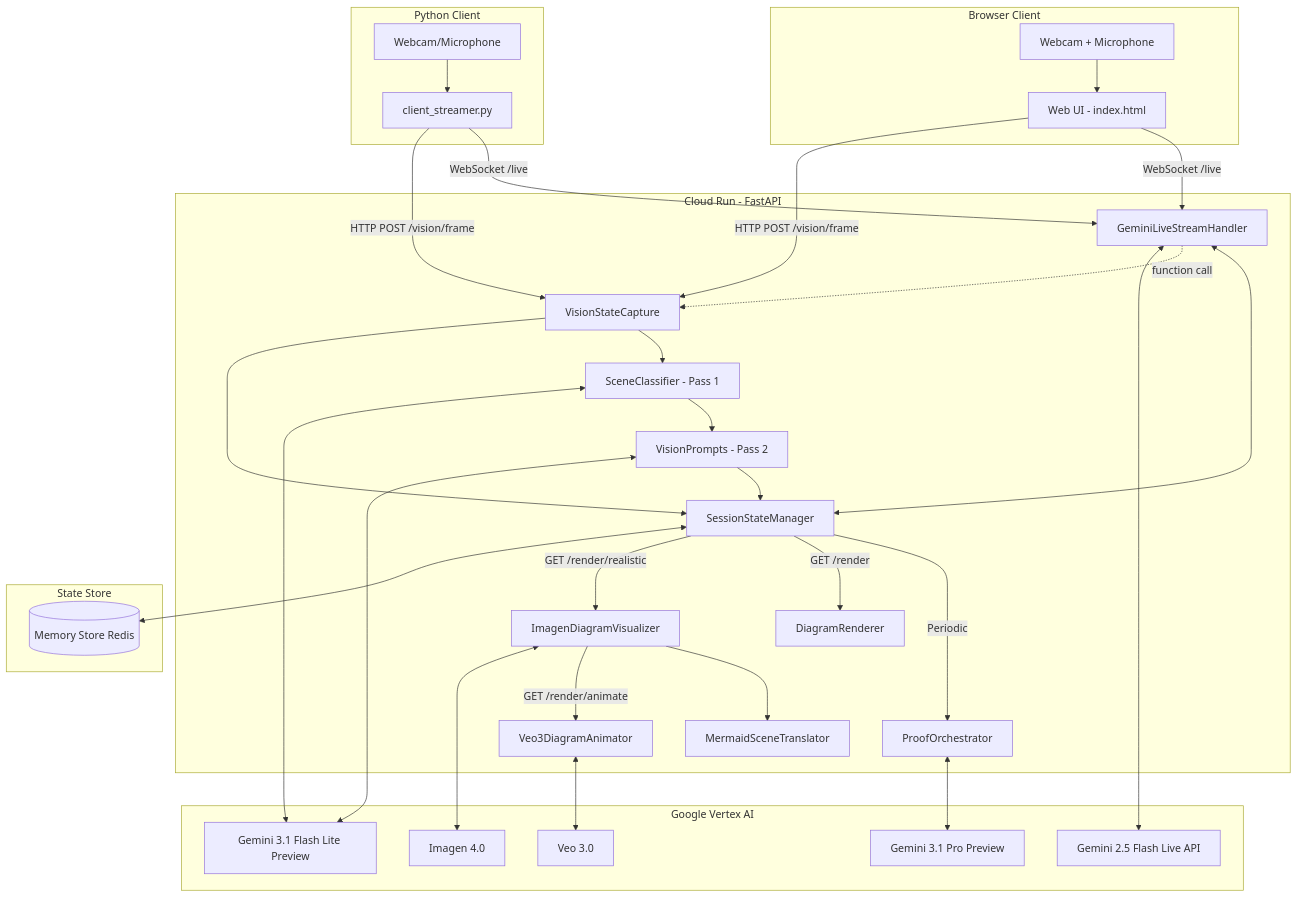
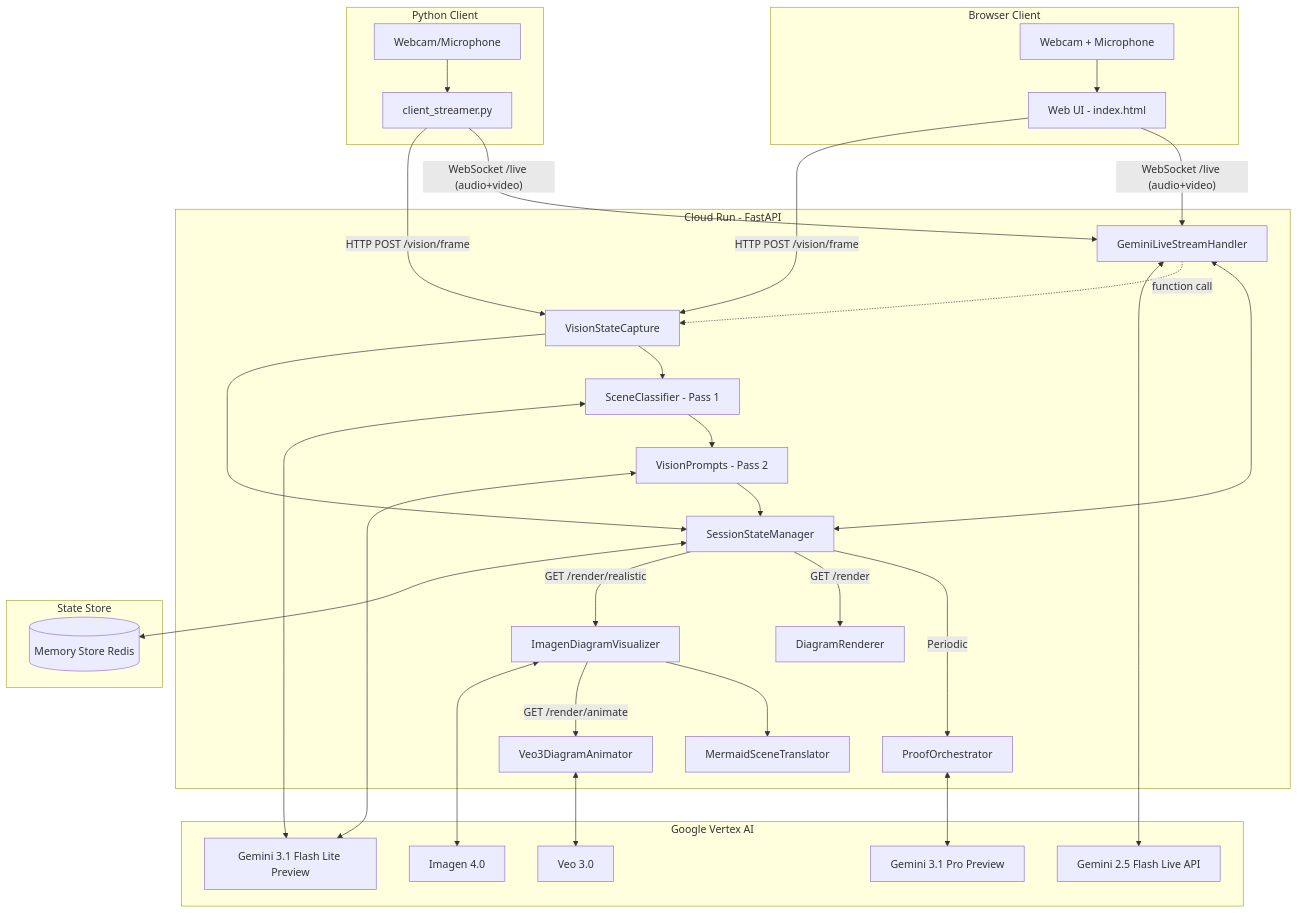
Before and after one commit to ithllc/FUSE: the diagram in docs/architecture/SYSTEM_OVERVIEW.md, drawn with Mermaid. The commit also changed other lines of this file and 8 other files, not shown here.

First line of the commit message:
feat: Gemini Live API audio+video streaming for real-time visual awareness (issue #22)

````diff
--- a/docs/architecture/SYSTEM_OVERVIEW.md
+++ b/docs/architecture/SYSTEM_OVERVIEW.md
@@ -6,41 +6,41 @@
 ```mermaid
 graph TD
     subgraph Browser Client
         B1[Webcam + Microphone] --> B2[Web UI - index.html]
     end
 
     subgraph Python Client
         C1[Webcam/Microphone] --> C2[client_streamer.py]
     end
 
     subgraph Cloud Run - FastAPI
-        B2 -- WebSocket /live --> H1[GeminiLiveStreamHandler]
-        C2 -- WebSocket /live --> H1
+        B2 -- "WebSocket /live (audio+video)" --> H1[GeminiLiveStreamHandler]
+        C2 -- "WebSocket /live (audio+video)" --> H1
         B2 -- HTTP POST /vision/frame --> V1[VisionStateCapture]
         C2 -- HTTP POST /vision/frame --> V1
         V1 --> SC[SceneClassifier - Pass 1]
         SC --> VP[VisionPrompts - Pass 2]
         H1 <--> S1[SessionStateManager]
         H1 -. function call .-> V1
         V1 --> S1
         VP --> S1
         S1 -- Periodic --> P1[ProofOrchestrator]
         S1 -- GET /render --> R1[DiagramRenderer]
         S1 -- GET /render/realistic --> IM[ImagenDiagramVisualizer]
         IM --> MST[MermaidSceneTranslator]
         IM -- GET /render/animate --> VEO[Veo3DiagramAnimator]
     end
 
     subgraph Google Vertex AI
         H1 <--> G1[Gemini 2.5 Flash Live API]
         SC <--> G2[Gemini 3.1 Flash Lite Preview]
         VP <--> G2
         P1 <--> G3[Gemini 3.1 Pro Preview]
         IM <--> G4[Imagen 4.0]
         VEO <--> G5[Veo 3.0]
     end
 
     subgraph State Store
         S1 <--> R2[(Memory Store Redis)]
     end
 ```
````
